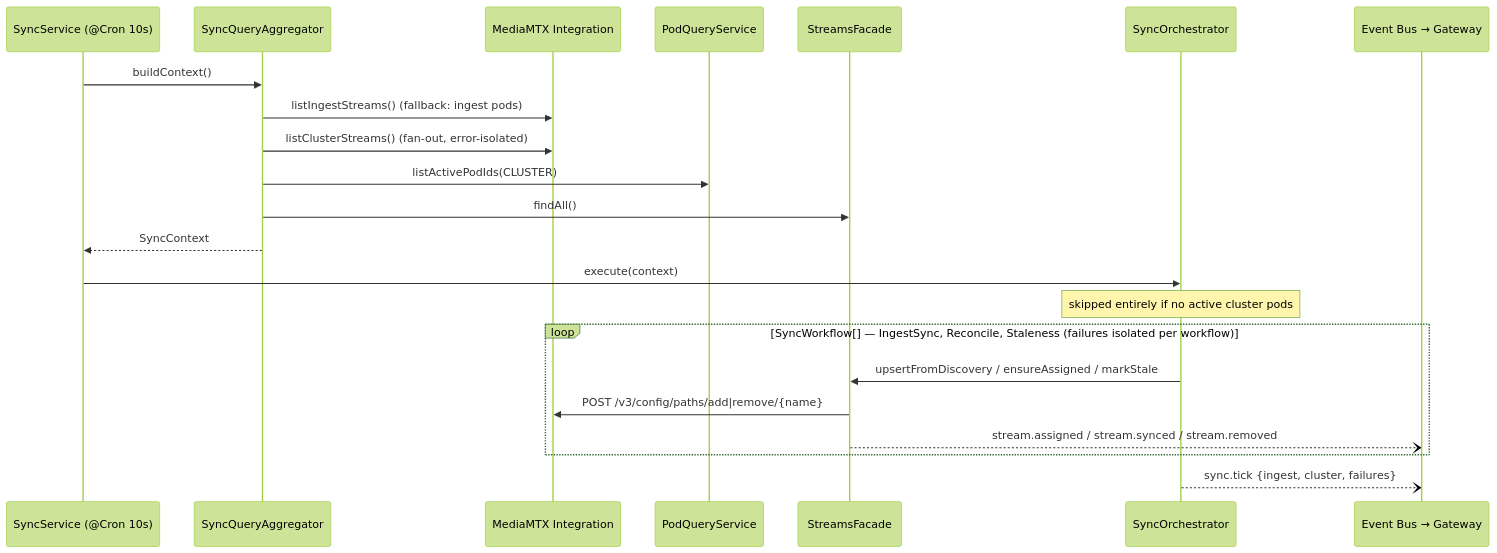
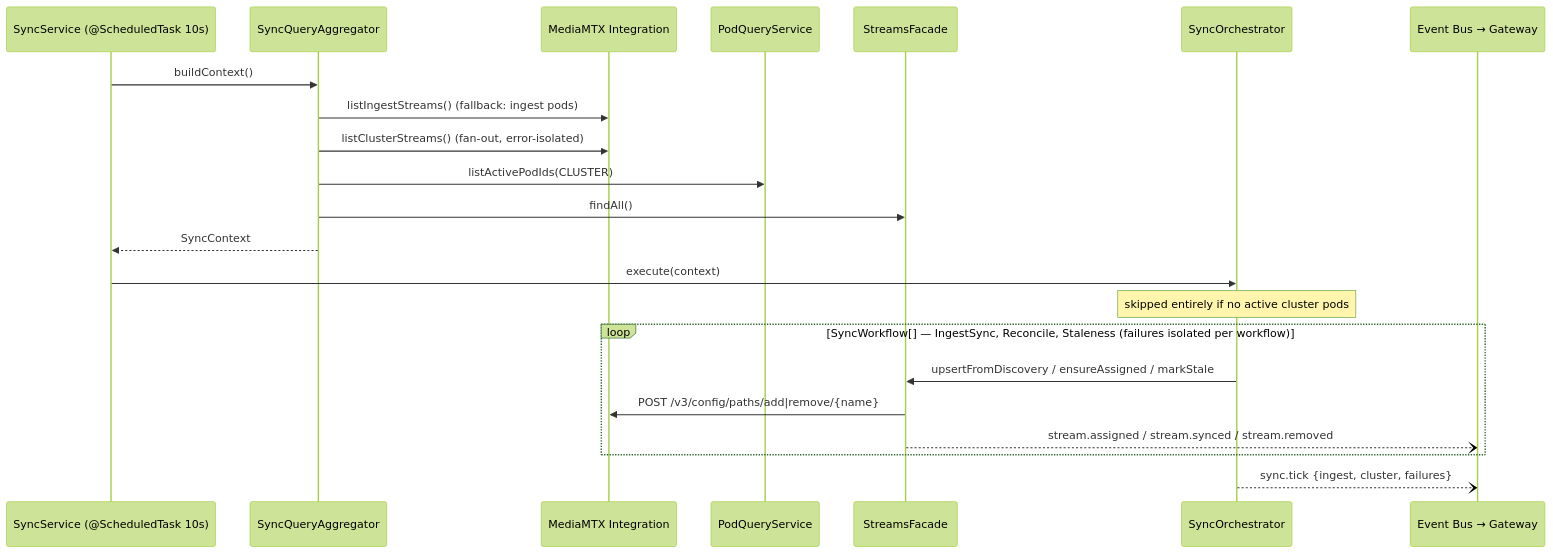
Before and after one commit to emanuel74-bit/media-sync: the second of 6 diagrams in backend/SYSTEM_DOCUMENTATION.md, drawn with Mermaid (forest theme). The commit also changed other lines of this file and 55 other files, not shown here.

````diff
--- a/backend/SYSTEM_DOCUMENTATION.md
+++ b/backend/SYSTEM_DOCUMENTATION.md
@@ -346,25 +345,25 @@
 ```mermaid
 sequenceDiagram
-    participant Cron as SyncService (@Cron 10s)
+    participant Cron as SyncService (@ScheduledTask 10s)
     participant Agg as SyncQueryAggregator
     participant MTX as MediaMTX Integration
     participant Pods as PodQueryService
     participant Str as StreamsFacade
     participant Orch as SyncOrchestrator
     participant Bus as Event Bus → Gateway
 
     Cron->>Agg: buildContext()
     Agg->>MTX: listIngestStreams() (fallback: ingest pods)
     Agg->>MTX: listClusterStreams() (fan-out, error-isolated)
     Agg->>Pods: listActivePodIds(CLUSTER)
     Agg->>Str: findAll()
     Agg-->>Cron: SyncContext
     Cron->>Orch: execute(context)
     Note over Orch: skipped entirely if no active cluster pods
     loop SyncWorkflow[] — IngestSync, Reconcile, Staleness (failures isolated per workflow)
         Orch->>Str: upsertFromDiscovery / ensureAssigned / markStale
         Str->>MTX: POST /v3/config/paths/add|remove/{name}
         Str--)Bus: stream.assigned / stream.synced / stream.removed
     end
     Orch--)Bus: sync.tick {ingest, cluster, failures}
 ```
````
